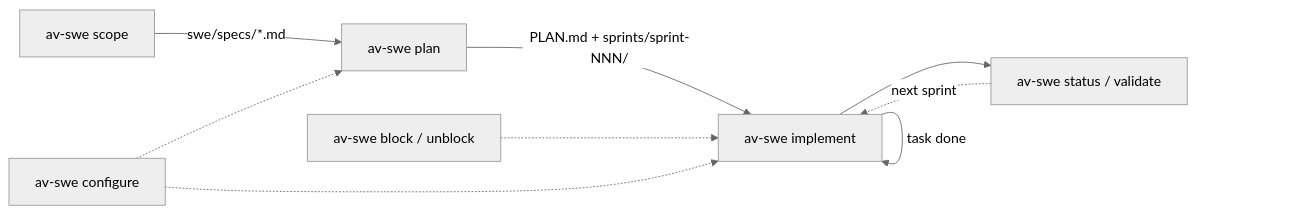
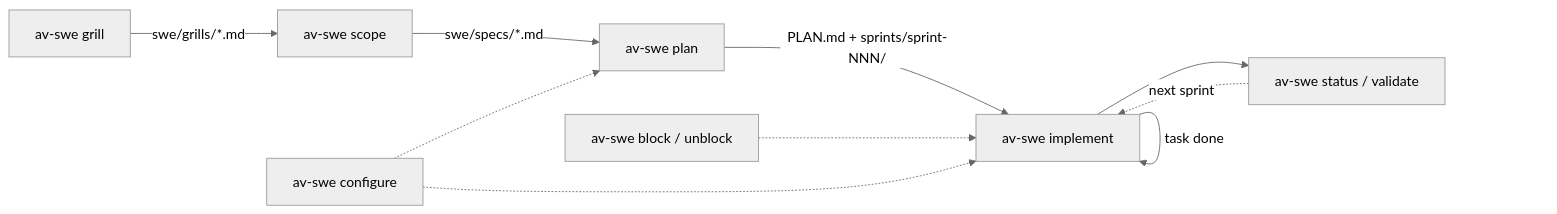
Before and after one commit to avatsaev/av-swe-skill: the first of 3 diagrams in README.md, drawn with Mermaid (neutral theme). The commit also changed other lines of this file and 8 other files, not shown here.

Commit message:
feat: add grill op (rough idea -> decided brief before scope); bump to 1.1.0

````diff
--- a/README.md
+++ b/README.md
@@ -11,11 +11,12 @@
 ```mermaid
 flowchart LR
-    A["av-swe scope"] -->|"swe/specs/*.md"| B["av-swe plan"]
+    G["av-swe grill"] -->|"swe/grills/*.md"| A["av-swe scope"]
+    A -->|"swe/specs/*.md"| B["av-swe plan"]
     B -->|"PLAN.md + sprints/sprint-NNN/"| C["av-swe implement"]
     C -->|"task done"| C
     C --> D["av-swe status / validate"]
     D -.->|"next sprint"| C
     E["av-swe block / unblock"] -.-> C
     F["av-swe configure"] -.-> B
     F -.-> C
 ```
````
